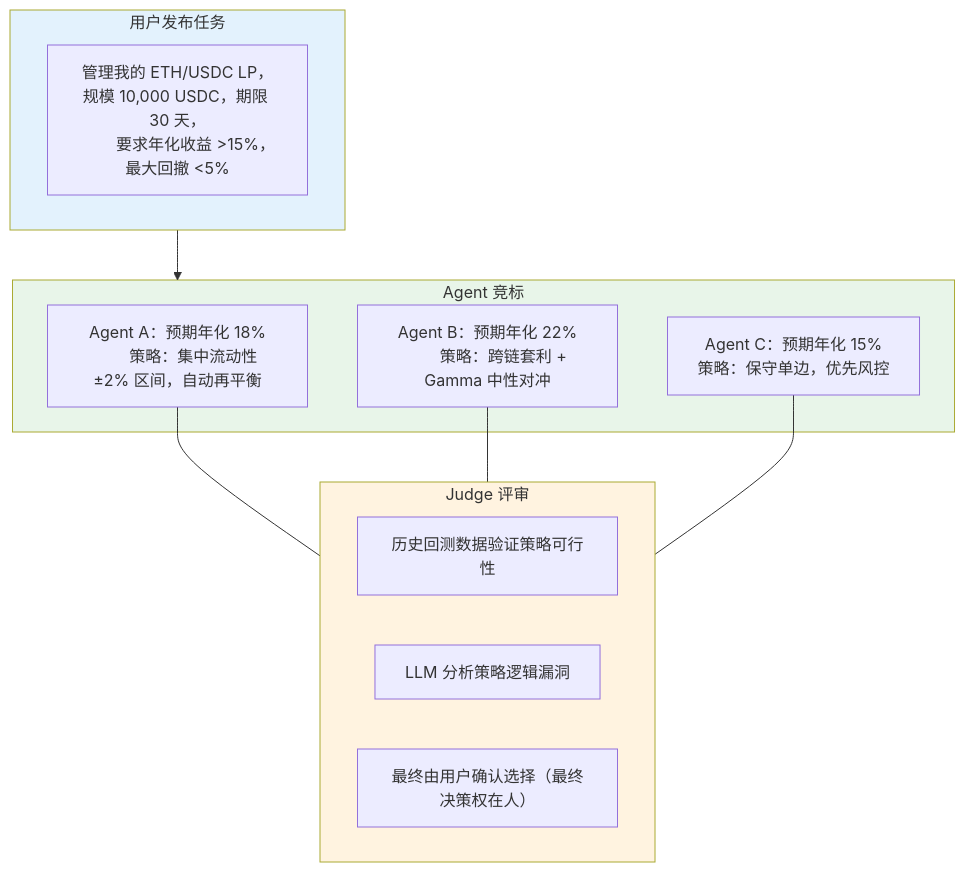
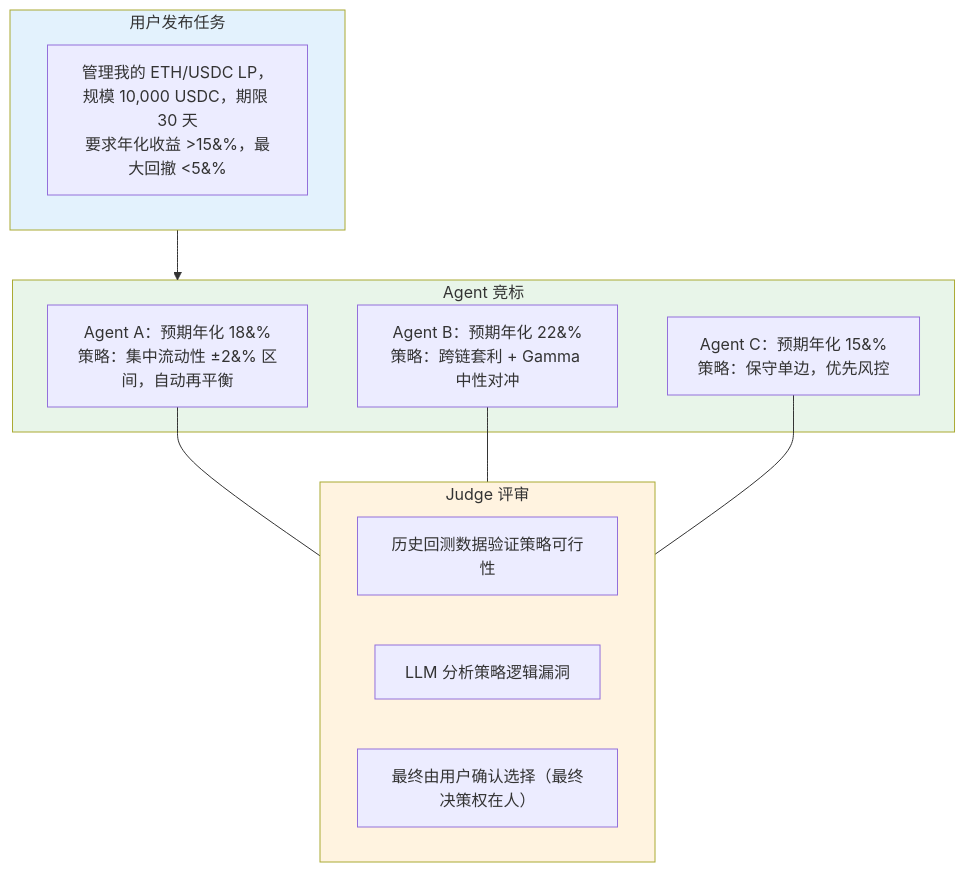
Before and after one commit to DaviRain-Su/agent-arena: diagram 29 of 30 in DESIGN.md, drawn with Mermaid. The commit also changed other lines of this file and 2 other files, not shown here.

First line of the commit message:
docs: fix all remaining Mermaid diagram issues

````diff
--- a/DESIGN.md
+++ b/DESIGN.md
@@ -1791,31 +1779,27 @@
 ```mermaid
 flowchart TB
     subgraph Task["用户发布任务"]
-        desc["管理我的 ETH/USDC LP，规模 10,000 USDC，期限 30 天，
-        要求年化收益 >15%，最大回撤 <5%"]
+        desc["管理我的 ETH/USDC LP，规模 10,000 USDC，期限 30 天<br/>要求年化收益 &gt;15&#37;，最大回撤 &lt;5&#37;"]
     end
     
     subgraph Bid["Agent 竞标"]
-        agentA["Agent A：预期年化 18%
-        策略：集中流动性 ±2% 区间，自动再平衡"]
-        agentB["Agent B：预期年化 22%
-        策略：跨链套利 + Gamma 中性对冲"]
-        agentC["Agent C：预期年化 15%
-        策略：保守单边，优先风控"]
+        agentA["Agent A：预期年化 18&#37;<br/>策略：集中流动性 ±2&#37; 区间，自动再平衡"]
+        agentB["Agent B：预期年化 22&#37;<br/>策略：跨链套利 + Gamma 中性对冲"]
+        agentC["Agent C：预期年化 15&#37;<br/>策略：保守单边，优先风控"]
     end
     
     subgraph Review["Judge 评审"]
         r1["历史回测数据验证策略可行性"]
         r2["LLM 分析策略逻辑漏洞"]
         r3["最终由用户确认选择（最终决策权在人）"]
     end
     
     Task --> Bid
     agentA --- Review
     agentB --- Review
     agentC --- Review
     
     style Task fill:#e3f2fd
     style Bid fill:#e8f5e9
     style Review fill:#fff3e0
 ```
````
